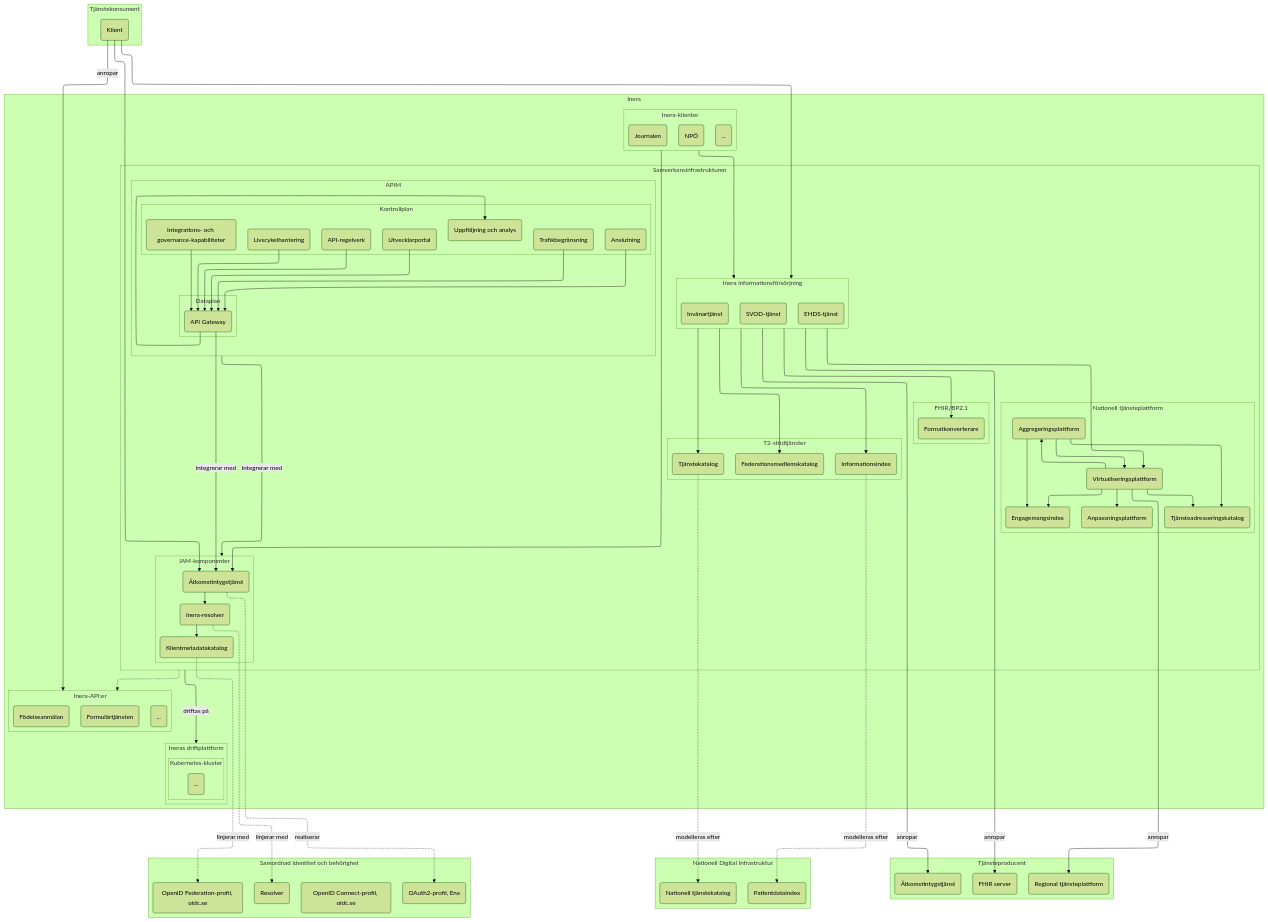
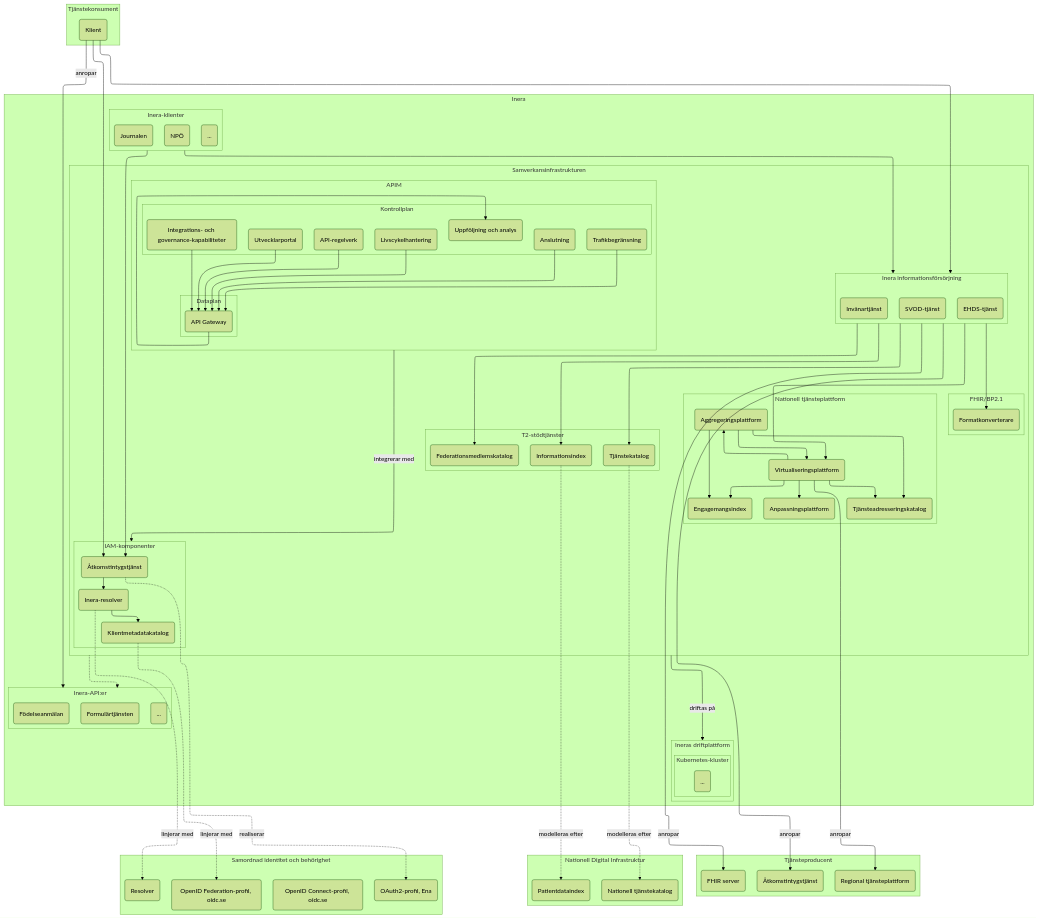
The diagram in T2-krav/test.md (anders-malmros-inera/t2mmd), drawn with Mermaid (forest theme) before and after one commit.

Commit message:
Comment out flowchart connection for gw to sias in test.md

````diff
--- a/T2-krav/test.md
+++ b/T2-krav/test.md
@@ -136,5 +136,5 @@
 
 %%tkc -- "anropar" --> formular
 %%gw -.-> formular
-gw -- "integrerar med" --> sias
+%%gw -- "integrerar med" --> sias
 ```
````
